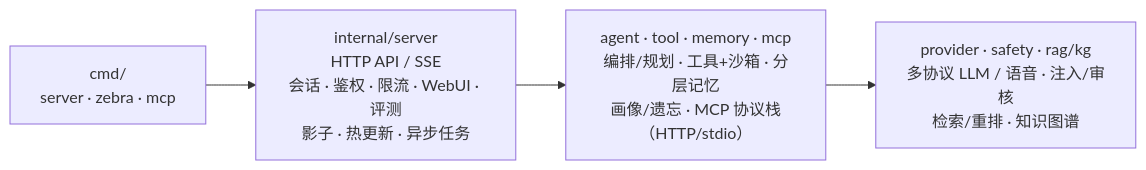
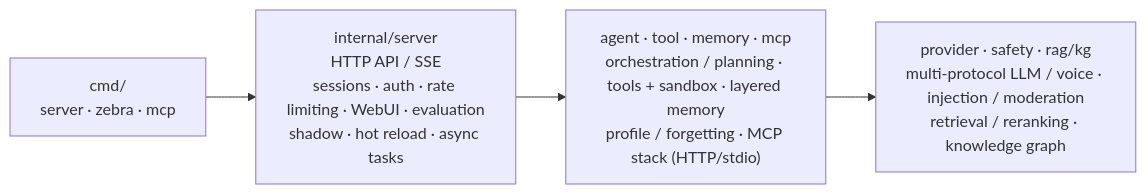
Before and after one commit to ericthz/zebra: the diagram in README.md, drawn with Mermaid. The commit also changed other lines of this file and 151 other files, not shown here.

````diff
--- a/README.md
+++ b/README.md
@@ -450,6 +459,6 @@
 ```mermaid
 flowchart LR
- A["cmd/<br/>server · zebra · mcp"] --> B["internal/server<br/>HTTP API / SSE<br/>会话 · 鉴权 · 限流 · WebUI · 评测<br/>影子 · 热更新 · 异步任务"]
- B --> C["agent · tool · memory · mcp<br/>编排/规划 · 工具+沙箱 · 分层记忆<br/>画像/遗忘 · MCP 协议栈（HTTP/stdio）"]
- C --> D["provider · safety · rag/kg<br/>多协议 LLM / 语音 · 注入/审核<br/>检索/重排 · 知识图谱"]
+ A["cmd/<br/>server · zebra · mcp"] --> B["internal/server<br/>HTTP API / SSE<br/>sessions · auth · rate limiting · WebUI · evaluation<br/>shadow · hot reload · async tasks"]
+ B --> C["agent · tool · memory · mcp<br/>orchestration / planning · tools + sandbox · layered memory<br/>profile / forgetting · MCP stack (HTTP/stdio)"]
+ C --> D["provider · safety · rag/kg<br/>multi-protocol LLM / voice · injection / moderation<br/>retrieval / reranking · knowledge graph"]
 ```
````
